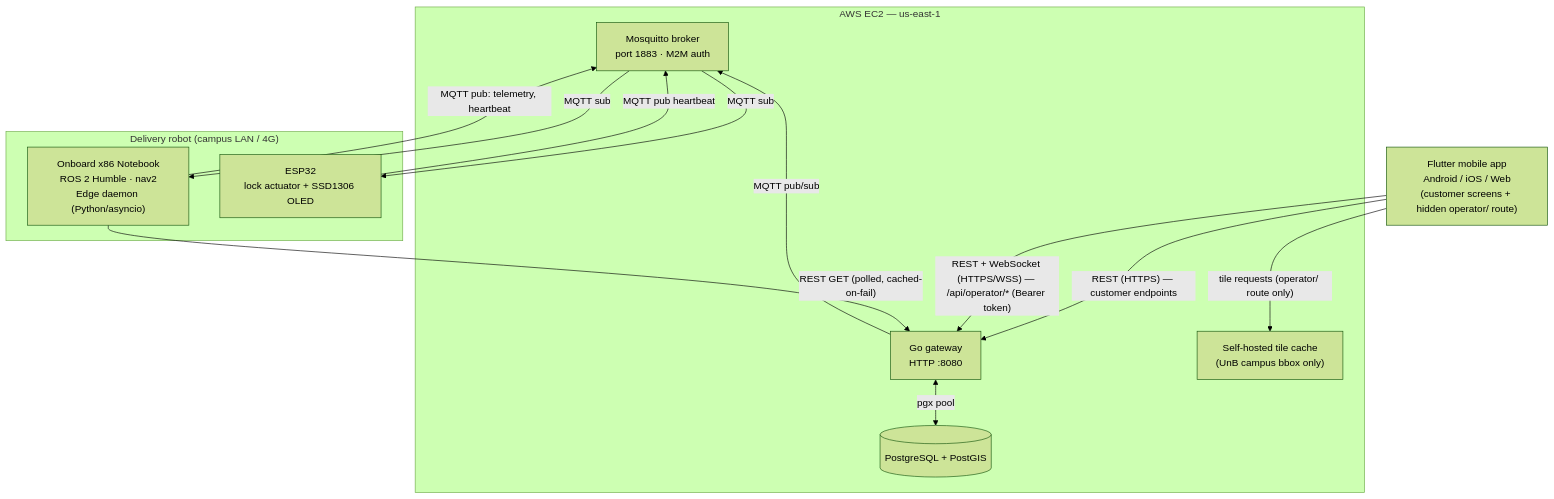
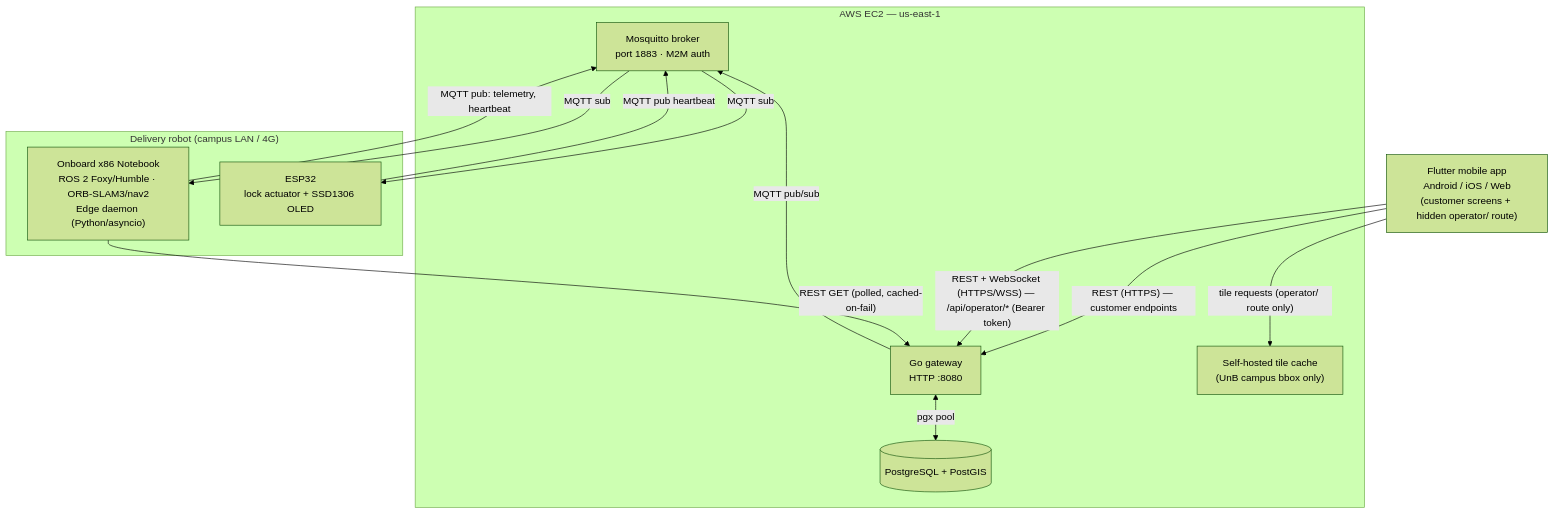
Before and after one commit to Santana-DS/pit-marmitron: the diagram in Computacional/app/docs/ARCHITECTURE.md, drawn with Mermaid (forest theme). The commit also changed 9 other files, not shown here.

Commit message:
Support TF-based localization in edge daemon docs and telemetry

````diff
--- a/Computacional/app/docs/ARCHITECTURE.md
+++ b/Computacional/app/docs/ARCHITECTURE.md
@@ -55,27 +55,27 @@
 ```mermaid
 graph TD
     subgraph AWS_EC2 ["AWS EC2 — us-east-1"]
         MQ["Mosquitto broker<br/>port 1883 · M2M auth"]
         GW["Go gateway<br/>HTTP :8080"]
         PG[("PostgreSQL + PostGIS")]
         TILE["Self-hosted tile cache<br/>(UnB campus bbox only)"]
     end
 
     subgraph Robot ["Delivery robot (campus LAN / 4G)"]
-        NB["Onboard x86 Notebook<br/>ROS 2 Humble · nav2<br/>Edge daemon (Python/asyncio)"]
+        NB["Onboard x86 Notebook<br/>ROS 2 Foxy/Humble · ORB-SLAM3/nav2<br/>Edge daemon (Python/asyncio)"]
         ESP["ESP32<br/>lock actuator + SSD1306 OLED"]
     end
 
     APP["Flutter mobile app<br/>Android / iOS / Web<br/>(customer screens + hidden operator/ route)"]
 
     APP -->|"REST (HTTPS) — customer endpoints"| GW
     APP -->|"REST + WebSocket (HTTPS/WSS) — /api/operator/* (Bearer token)"| GW
     APP -->|"tile requests (operator/ route only)"| TILE
     GW  -->|"MQTT pub/sub"| MQ
     GW  <-->|"pgx pool"| PG
     MQ  -->|"MQTT sub"| NB
     MQ  -->|"MQTT sub"| ESP
     NB  -->|"MQTT pub: telemetry, heartbeat"| MQ
     ESP -->|"MQTT pub heartbeat"| MQ
     NB  -->|"REST GET (polled, cached-on-fail)"| GW
 ```
````
